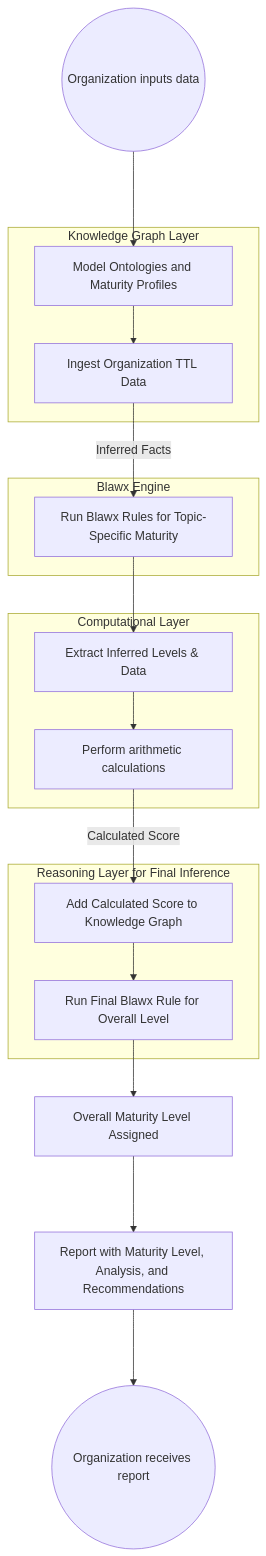
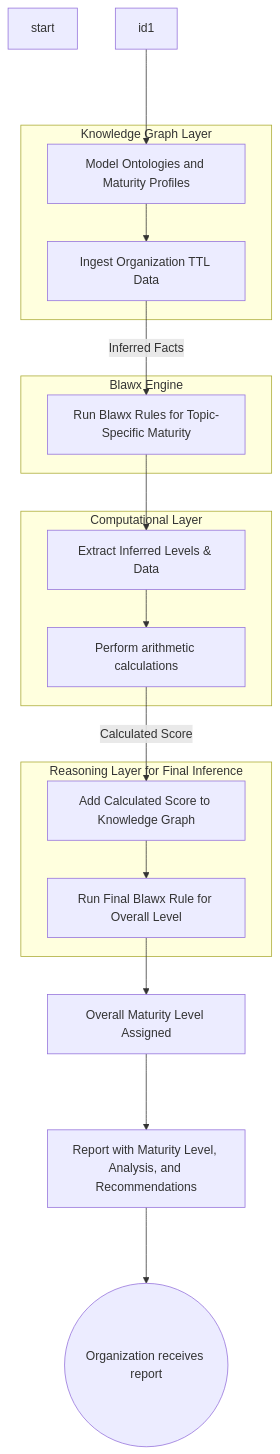
Before and after one commit to heidingaway/heidi2: the diagram in content/dmat-processflow.md, drawn with Mermaid.

Commit message:
Quartz sync: Aug 5, 2025, 12:42 PM

````diff
--- a/content/dmat-processflow.md
+++ b/content/dmat-processflow.md
@@ -14,34 +14,34 @@
 ```mermaid
 flowchart TD
-id1((Organization inputs data))
+start
 
   subgraph s1["Knowledge Graph Layer"]
     n1["Model Ontologies and Maturity Profiles"]
     n2["Ingest Organization TTL Data"]
   end
   subgraph s2["Blawx Engine"]
     n3["Run Blawx Rules for Topic-Specific Maturity"]
   end
   subgraph s3["Computational Layer"]
     n4["Extract Inferred Levels &amp; Data"]
     n5["Perform arithmetic calculations"]
   end
   subgraph s4["Reasoning Layer for Final Inference"]
     n6["Add Calculated Score to Knowledge Graph"]
     n7["Run Final Blawx Rule for Overall Level"]
   end
   n8["Overall Maturity Level Assigned"]
   n9["Report with Maturity Level, Analysis, and Recommendations"]
   n10((Organization receives report))
 
   id1 ---> n1
   n1 --> n2
   n2 -- Inferred Facts --> n3
   n3 --> n4
   n4 --> n5
   n5 -- Calculated Score --> n6
   n6 --> n7
   n7 --> n8
   n8 --->n9
   n9 --->n10
 ```
````
